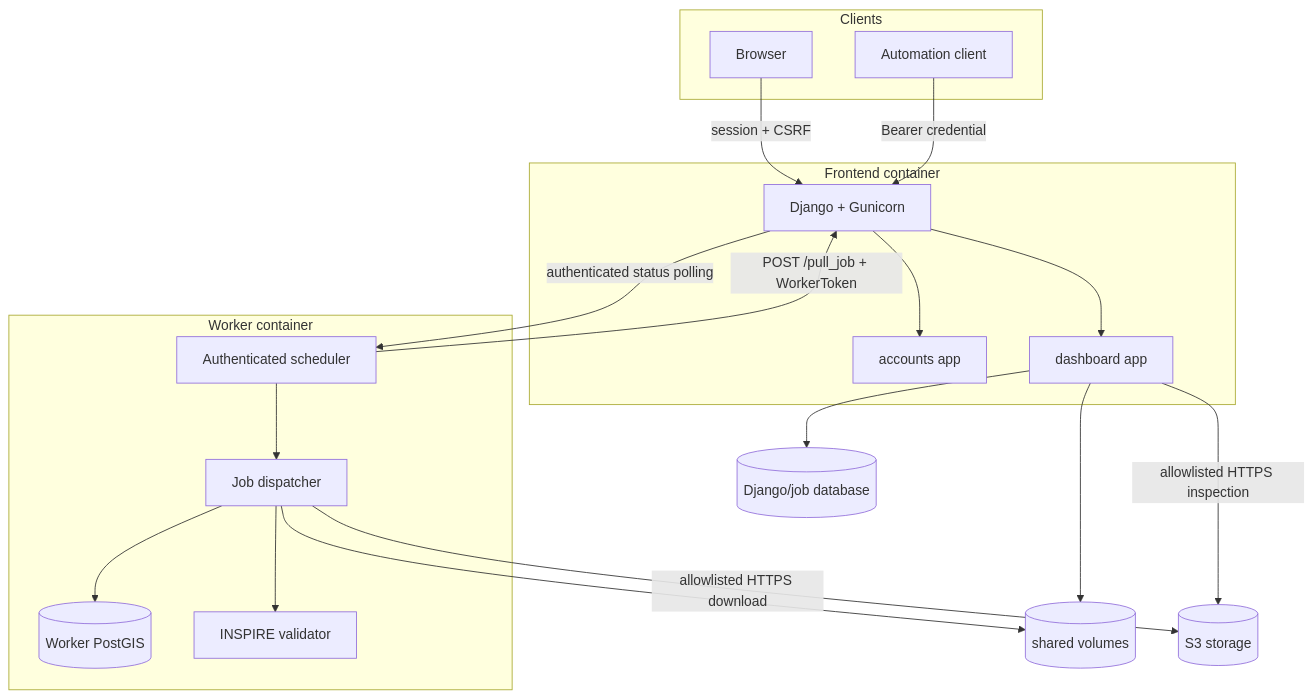
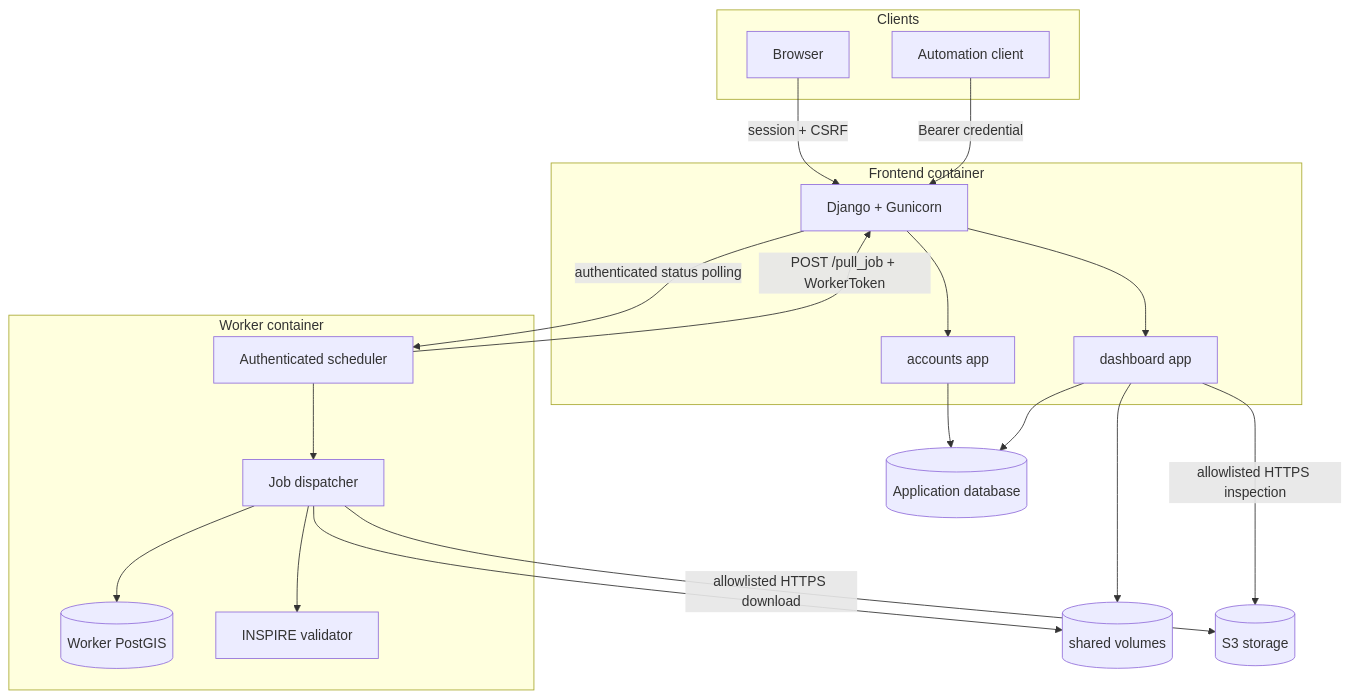
One commit to eea/copernicus_quality_tools changed the diagram in docs/architecture/index.md. Above: the diagram before and after it, drawn with Mermaid. The commit also changed other lines of this file and 53 other files, not shown here.

Commit message:
update schema

````diff
--- a/docs/architecture/index.md
+++ b/docs/architecture/index.md
@@ -22,35 +23,36 @@
 ```mermaid
 flowchart TB
     subgraph ClientSide[Clients]
       Browser[Browser]
       API[Automation client]
     end
 
     subgraph FrontendRuntime[Frontend container]
       Django[Django + Gunicorn]
       Accounts[accounts app]
       Dashboard[dashboard app]
     end
 
     subgraph WorkerRuntime[Worker container]
       Scheduler[Authenticated scheduler]
       Dispatcher[Job dispatcher]
       PostGIS[(Worker PostGIS)]
       Inspire[INSPIRE validator]
     end
 
     Browser -->|session + CSRF| Django
     API -->|Bearer credential| Django
     Django --> Accounts
     Django --> Dashboard
-    Dashboard --> UserDB[(Django/job database)]
+    Accounts --> UserDB[(Application database)]
+    Dashboard --> UserDB
     Scheduler -->|POST /pull_job + WorkerToken| Django
     Django -->|authenticated status polling| Scheduler
     Scheduler --> Dispatcher
     Dispatcher --> PostGIS
     Dispatcher --> Inspire
     Dashboard --> Shared[(shared volumes)]
     Dispatcher --> Shared
     Dashboard -->|allowlisted HTTPS inspection| S3[(S3 storage)]
     Dispatcher -->|allowlisted HTTPS download| S3
 ```
````
